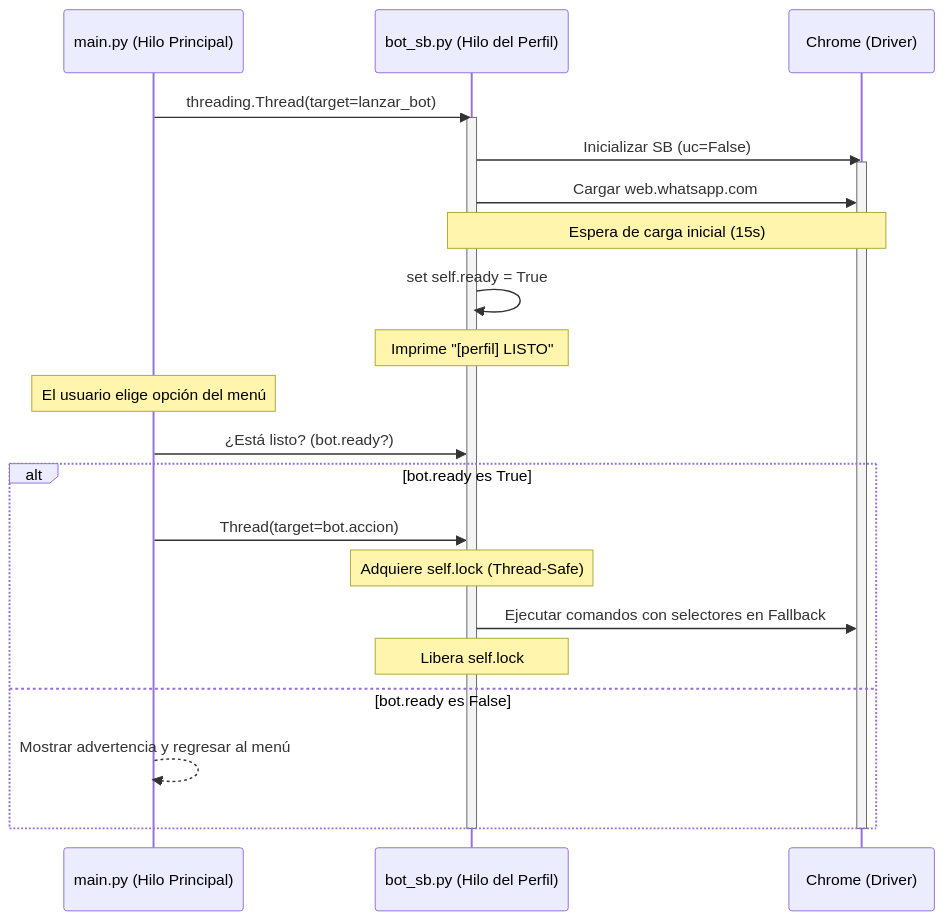
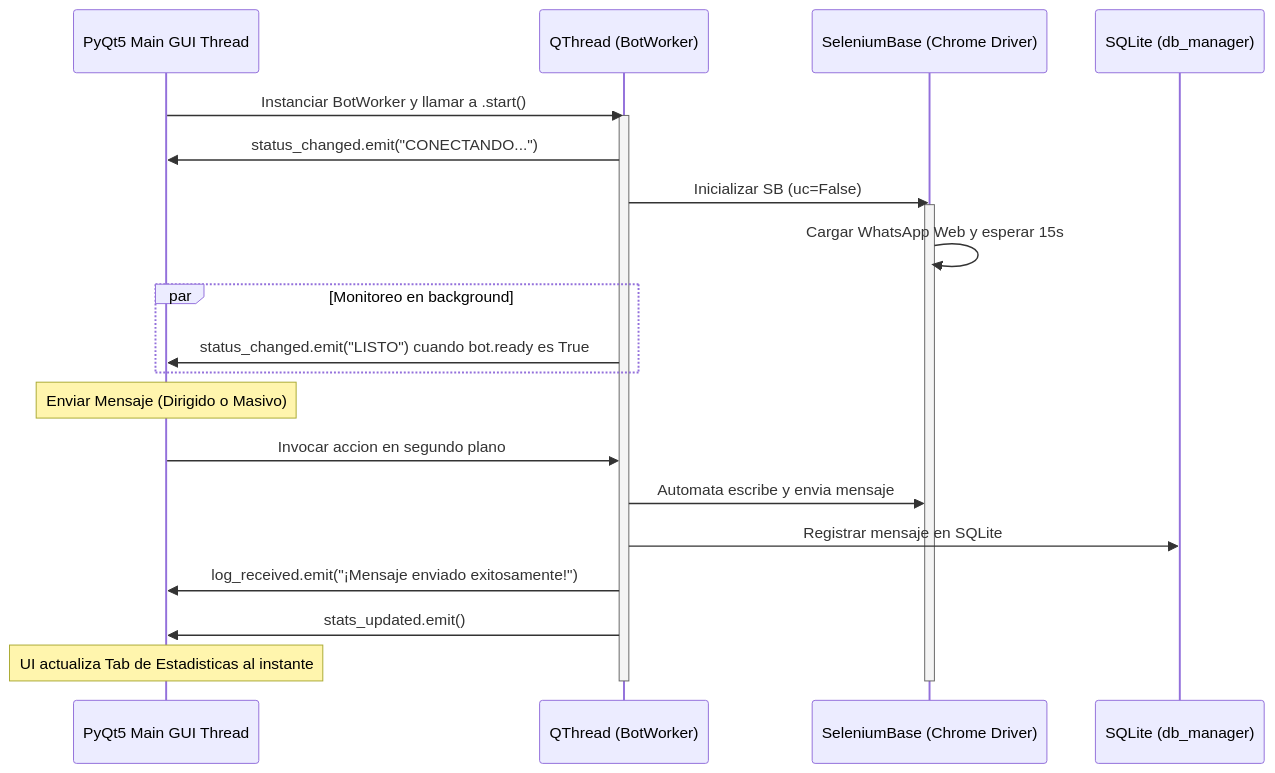
Before and after one commit to Escandonn/2-version-creacion-arquiteectura: the diagram in sin-ui/arquitectura.md, drawn with Mermaid. The commit also changed other lines of this file and 6 other files, not shown here.

````diff
--- a/sin-ui/arquitectura.md
+++ b/sin-ui/arquitectura.md
@@ -32,29 +13,29 @@
 ```mermaid
 sequenceDiagram
-    participant Maestro as main.py (Hilo Principal)
-    participant HiloBot as bot_sb.py (Hilo del Perfil)
-    participant Navegador as Chrome (Driver)
+    participant UI as PyQt5 Main GUI Thread
+    participant Worker as QThread (BotWorker)
+    participant SB as SeleniumBase (Chrome Driver)
+    participant DB as SQLite (db_manager)
 
-    Maestro->>HiloBot: threading.Thread(target=lanzar_bot)
-    activate HiloBot
-    HiloBot->>Navegador: Inicializar SB (uc=False)
-    activate Navegador
-    HiloBot->>Navegador: Cargar web.whatsapp.com
-    Note over HiloBot,Navegador: Espera de carga inicial (15s)
-    HiloBot->>HiloBot: set self.ready = True
-    Note over HiloBot: Imprime "[perfil] LISTO"
+    UI->>Worker: Instanciar BotWorker y llamar a .start()
+    activate Worker
+    Worker->>UI: status_changed.emit("CONECTANDO...")
+    Worker->>SB: Inicializar SB (uc=False)
+    activate SB
+    SB->>SB: Cargar WhatsApp Web y esperar 15s
     
-    Note over Maestro: El usuario elige opción del menú
-    Maestro->>HiloBot: ¿Está listo? (bot.ready?)
+    par Monitoreo en background
+        Worker->>UI: status_changed.emit("LISTO") cuando bot.ready es True
+    end
+
+    Note over UI: Enviar Mensaje (Dirigido o Masivo)
+    UI->>Worker: Invocar accion en segundo plano
+    Worker->>SB: Automata escribe y envia mensaje
+    Worker->>DB: Registrar mensaje en SQLite
+    Worker->>UI: log_received.emit("¡Mensaje enviado exitosamente!")
+    Worker->>UI: stats_updated.emit()
     
-    alt bot.ready es True
-        Maestro->>HiloBot: Thread(target=bot.accion)
-        Note over HiloBot: Adquiere self.lock (Thread-Safe)
-        HiloBot->>Navegador: Ejecutar comandos con selectores en Fallback
-        Note over HiloBot: Libera self.lock
-    else bot.ready es False
-        Maestro-->>Maestro: Mostrar advertencia y regresar al menú
-    end
-    deactivate Navegador
-    deactivate HiloBot
+    Note over UI: UI actualiza Tab de Estadisticas al instante
+    deactivate SB
+    deactivate Worker
 ```
````
